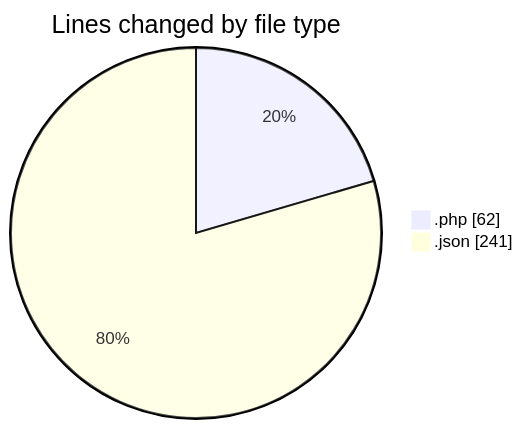
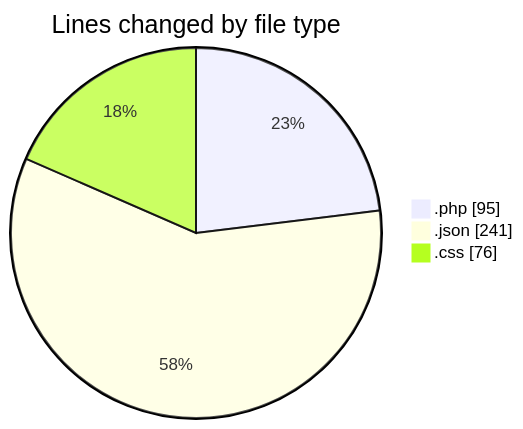
One commit to idhammustaqopulfikri/code-tracking changed the first of 2 diagrams in 2025-04-10/tugas_booking_studio/README.md. Above: the diagram before and after it, drawn with Mermaid. The commit also changed other lines of this file and 1 other file, not shown here.

````diff
--- a/2025-04-10/tugas_booking_studio/README.md
+++ b/2025-04-10/tugas_booking_studio/README.md
@@ -22,6 +24,7 @@
 ```mermaid
 pie showData
 title Lines changed by file type
-".php" : 62
+".php" : 95
 ".json" : 241
+".css" : 76
 ```
````
